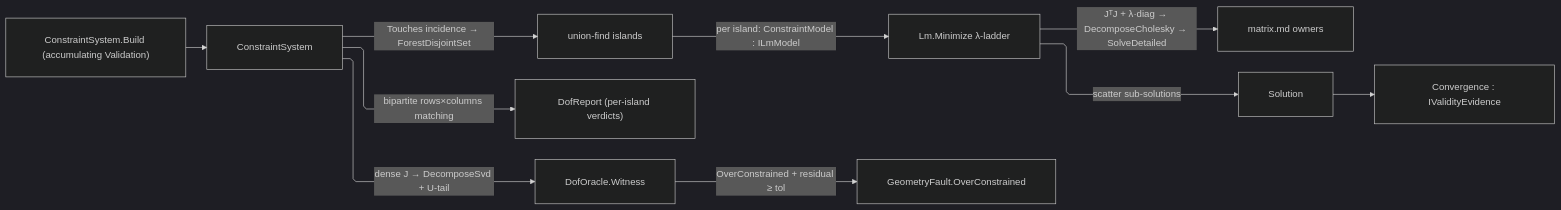
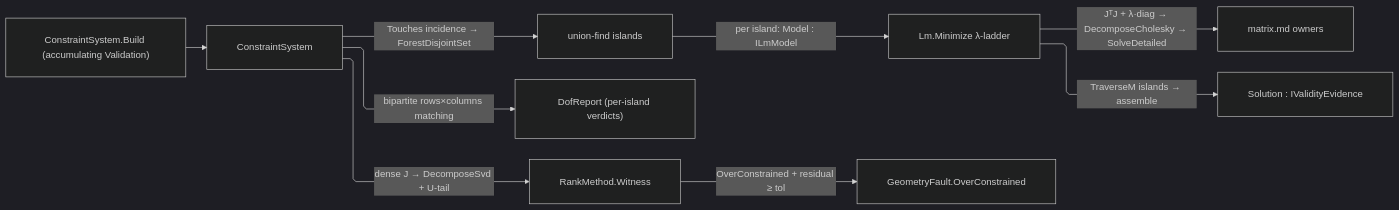
Before and after one commit to bsamiee/Rasm: the diagram in libs/dotnet/Rasm/.planning/Solving/solver.md, drawn with Mermaid (dark theme). The commit also changed other lines of this file and 68 other files, not shown here.

````diff
--- a/libs/dotnet/Rasm/.planning/Solving/solver.md
+++ b/libs/dotnet/Rasm/.planning/Solving/solver.md
@@ -1186,21 +1115,20 @@
 ```mermaid
 ---
 config:
   layout: elk
   flowchart:
     curve: linear
     padding: 25
 ---
 flowchart LR
     accTitle: Constraint solver dispatch
     accDescr: Constraint systems decompose into islands, route through the shared LM functor, and return typed evidence.
     Build["ConstraintSystem.Build (accumulating Validation)"] --> System[ConstraintSystem]
     System -->|"Touches incidence → ForestDisjointSet"| Islands["union-find islands"]
     System -->|"bipartite rows×columns matching"| DofReport["DofReport (per-island verdicts)"]
-    System -->|"dense J → DecomposeSvd + U-tail"| Witness["DofOracle.Witness"]
-    Islands -->|"per island: ConstraintModel : ILmModel"| Lm["Lm.Minimize λ-ladder"]
+    System -->|"dense J → DecomposeSvd + U-tail"| Witness["RankMethod.Witness"]
+    Islands -->|"per island: Model : ILmModel"| Lm["Lm.Minimize λ-ladder"]
     Lm -->|"JᵀJ + λ·diag → DecomposeCholesky → SolveDetailed"| Matrix["matrix.md owners"]
-    Lm -->|"scatter sub-solutions"| Solution
+    Lm -->|"TraverseM islands → assemble"| Solution["Solution : IValidityEvidence"]
     Witness -->|"OverConstrained + residual ≥ tol"| Fault["GeometryFault.OverConstrained"]
-    Solution --> Convergence["Convergence : IValidityEvidence"]
 ```
````
